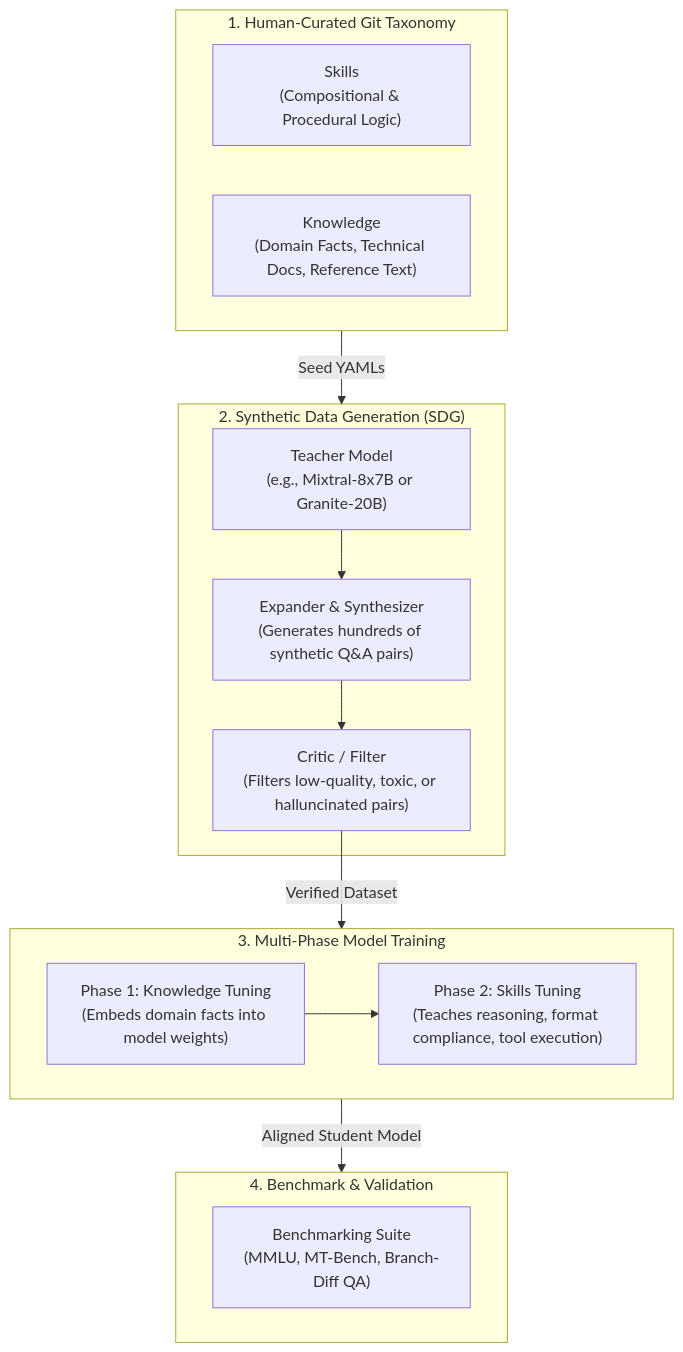
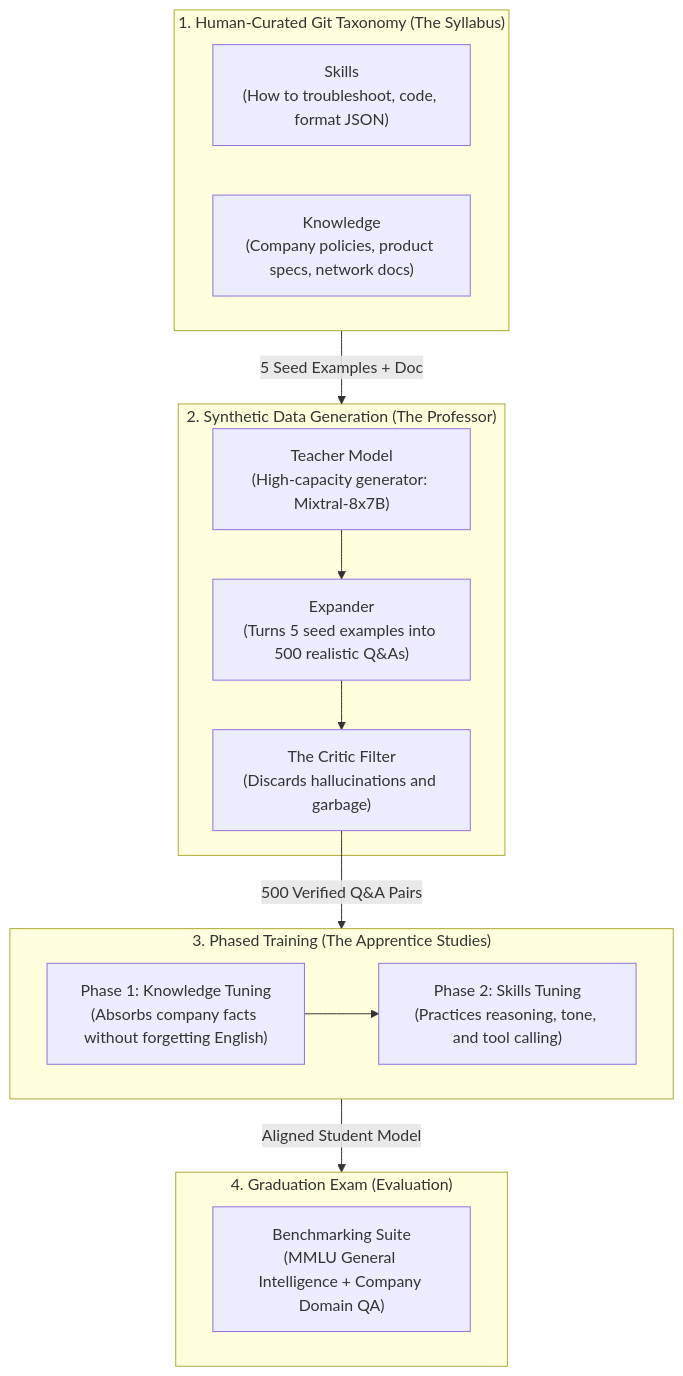
The first of 2 diagrams in knowledge/spaces/rh-ai/notes/03-instructlab-and-model-alignment.md (therealkevops/CAGY-v2.0.0), drawn with Mermaid before and after one commit. The commit also changed other lines of this file and 79 other files, not shown here.

Commit message:
fix(webui): harden mermaid error handling, fix workspace.js syntax, and correct diagram labels

````diff
--- a/knowledge/spaces/rh-ai/notes/03-instructlab-and-model-alignment.md
+++ b/knowledge/spaces/rh-ai/notes/03-instructlab-and-model-alignment.md
@@ -17,28 +47,28 @@
 ```mermaid
 flowchart TD
-    subgraph Taxonomy["1. Human-Curated Git Taxonomy"]
-        SK["Skills\n(Compositional & Procedural Logic)"]
-        KN["Knowledge\n(Domain Facts, Technical Docs, Reference Text)"]
+    subgraph Taxonomy["1. Human-Curated Git Taxonomy (The Syllabus)"]
+        SK["Skills\n(How to troubleshoot, code, format JSON)"]
+        KN["Knowledge\n(Company policies, product specs, network docs)"]
     end
 
-    subgraph Teacher["2. Synthetic Data Generation (SDG)"]
-        TM["Teacher Model\n(e.g., Mixtral-8x7B or Granite-20B)"]
-        EXP["Expander & Synthesizer\n(Generates hundreds of synthetic Q&A pairs)"]
-        CRITIC["Critic / Filter\n(Filters low-quality, toxic, or halluncinated pairs)"]
+    subgraph Teacher["2. Synthetic Data Generation (The Professor)"]
+        TM["Teacher Model\n(High-capacity generator: Mixtral-8x7B)"]
+        EXP["Expander\n(Turns 5 seed examples into 500 realistic Q&As)"]
+        CRITIC["The Critic Filter\n(Discards hallucinations and garbage)"]
         TM --> EXP --> CRITIC
     end
 
-    subgraph Training["3. Multi-Phase Model Training"]
-        P1["Phase 1: Knowledge Tuning\n(Embeds domain facts into model weights)"]
-        P2["Phase 2: Skills Tuning\n(Teaches reasoning, format compliance, tool execution)"]
+    subgraph Training["3. Phased Training (The Apprentice Studies)"]
+        P1["Phase 1: Knowledge Tuning\n(Absorbs company facts without forgetting English)"]
+        P2["Phase 2: Skills Tuning\n(Practices reasoning, tone, and tool calling)"]
         P1 --> P2
     end
 
-    subgraph Evaluation["4. Benchmark & Validation"]
-        EVAL["Benchmarking Suite\n(MMLU, MT-Bench, Branch-Diff QA)"]
+    subgraph Evaluation["4. Graduation Exam (Evaluation)"]
+        EVAL["Benchmarking Suite\n(MMLU General Intelligence + Company Domain QA)"]
     end
 
-    Taxonomy -->|Seed YAMLs| Teacher
-    CRITIC -->|Verified Dataset| Training
+    Taxonomy -->|5 Seed Examples + Doc| Teacher
+    CRITIC -->|500 Verified Q&A Pairs| Training
     Training -->|Aligned Student Model| Evaluation
 ```
````
